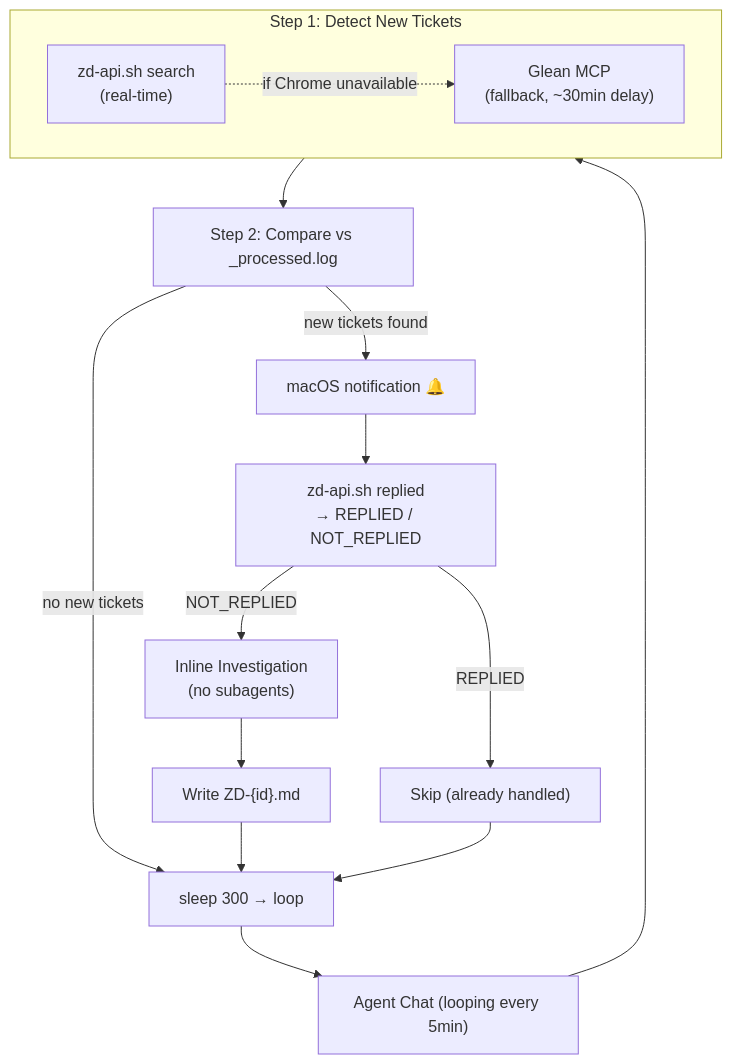
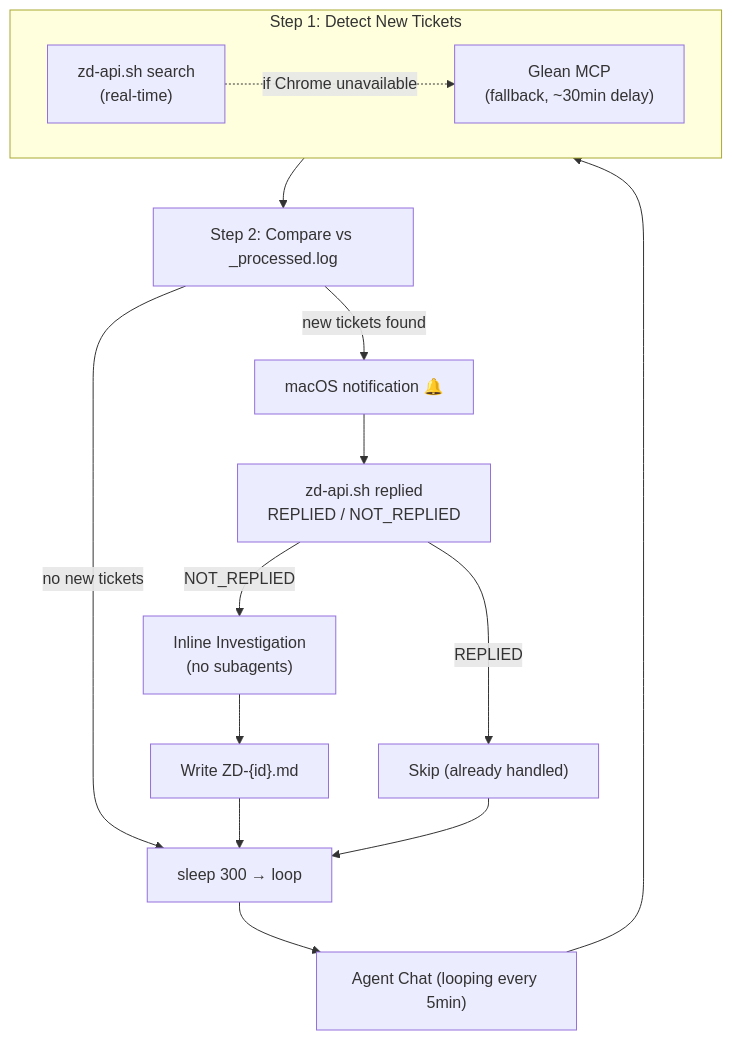
One commit to ddalexvea/datadog-cursor-diagnose-skills changed the diagram in zendesk-ticket-watcher/SKILL.md. Above: the diagram before and after it, drawn with Mermaid. The commit also changed 2 other files, not shown here.

Commit message:
Fix Mermaid diagrams: replace \n with <br> for GitHub rendering
Made-with: Cursor

````diff
--- a/zendesk-ticket-watcher/SKILL.md
+++ b/zendesk-ticket-watcher/SKILL.md
@@ -18,25 +18,25 @@
 ```mermaid
 flowchart TD
     Loop["Agent Chat (looping every 5min)"]
     
     Loop --> Search
     
     subgraph Search["Step 1: Detect New Tickets"]
-        ZD["zd-api.sh search\n(real-time)"]
-        Glean["Glean MCP\n(fallback, ~30min delay)"]
+        ZD["zd-api.sh search<br>(real-time)"]
+        Glean["Glean MCP<br>(fallback, ~30min delay)"]
         ZD -.->|"if Chrome unavailable"| Glean
     end
 
     Search --> Compare["Step 2: Compare vs _processed.log"]
     Compare -->|"new tickets found"| Notify["macOS notification 🔔"]
     Compare -->|"no new tickets"| Sleep["sleep 300 → loop"]
     
-    Notify --> Check["zd-api.sh replied\n→ REPLIED / NOT_REPLIED"]
-    Check -->|"NOT_REPLIED"| Investigate["Inline Investigation\n(no subagents)"]
+    Notify --> Check["zd-api.sh replied<br>REPLIED / NOT_REPLIED"]
+    Check -->|"NOT_REPLIED"| Investigate["Inline Investigation<br>(no subagents)"]
     Check -->|"REPLIED"| Skip["Skip (already handled)"]
     
     Investigate --> Report["Write ZD-{id}.md"]
     Report --> Sleep
     Skip --> Sleep
     Sleep --> Loop
 ```
````
